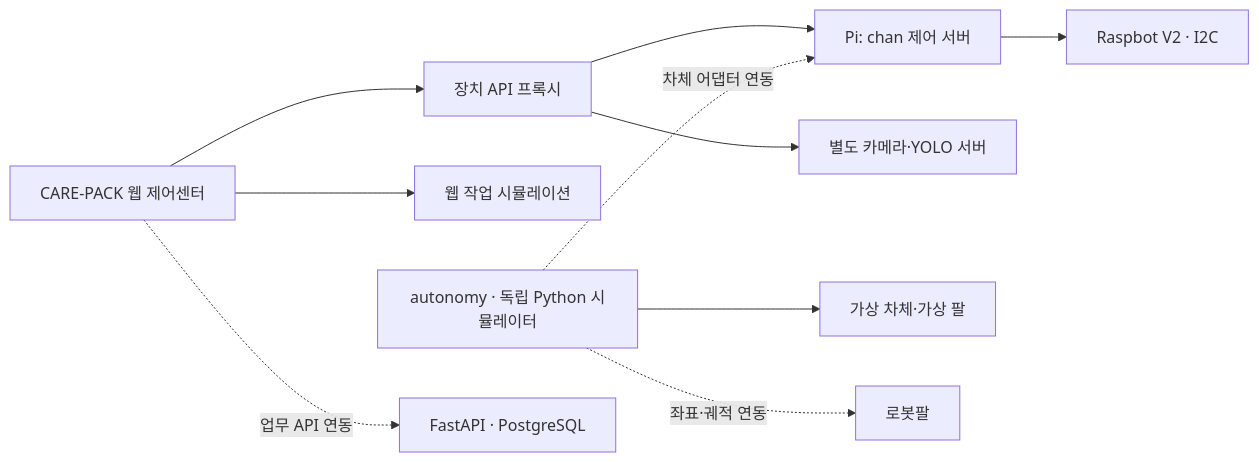
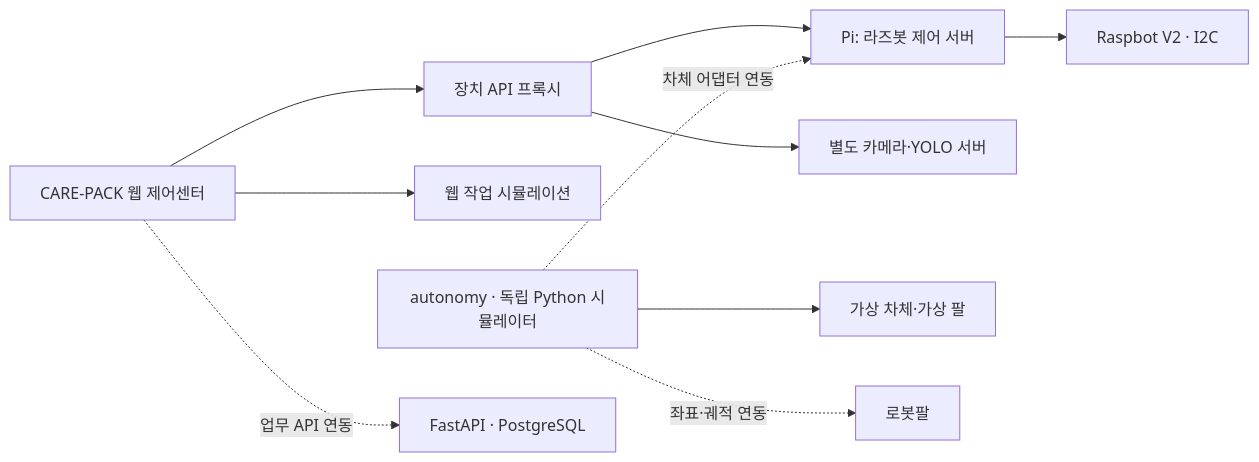
One commit to chaneepo/2026ESWContest_free_HomeProtector changed the first of 2 diagrams in README.md. Above: the diagram before and after it, drawn with Mermaid. The commit also changed other lines of this file and 41 other files, not shown here.

````diff
--- a/README.md
+++ b/README.md
@@ -73,12 +73,12 @@
 ```mermaid
 flowchart LR
     UI["CARE-PACK 웹 제어센터"] --> PROXY["장치 API 프록시"]
-    PROXY --> CHAN["Pi: chan 제어 서버"]
+    PROXY --> CHAN["Pi: 라즈봇 제어 서버"]
     CHAN --> I2C["Raspbot V2 · I2C"]
     PROXY --> VISION["별도 카메라·YOLO 서버"]
     UI --> MOCK["웹 작업 시뮬레이션"]
     SIM["autonomy · 독립 Python 시뮬레이터"] --> VIRTUAL["가상 차체·가상 팔"]
     SIM -. "차체 어댑터 연동" .-> CHAN
     SIM -. "좌표·궤적 연동" .-> ARM["로봇팔"]
     UI -. "업무 API 연동" .-> DB["FastAPI · PostgreSQL"]
 ```
````
